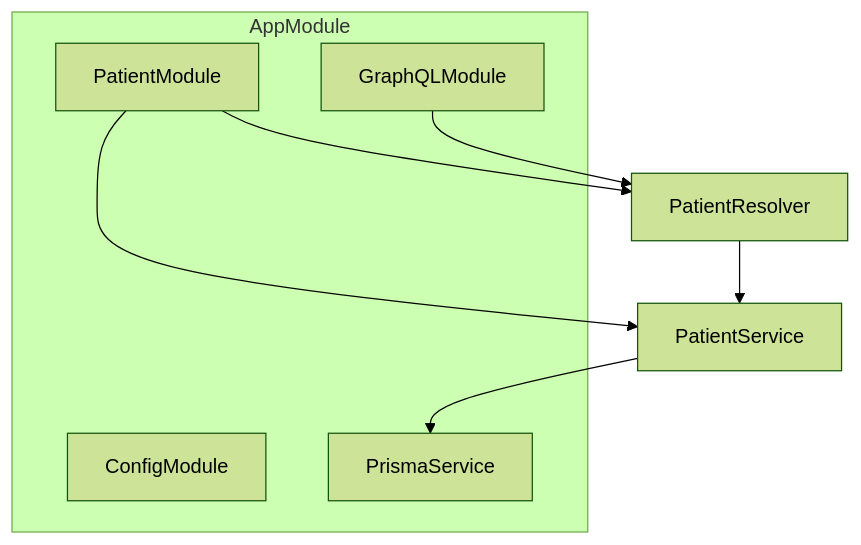
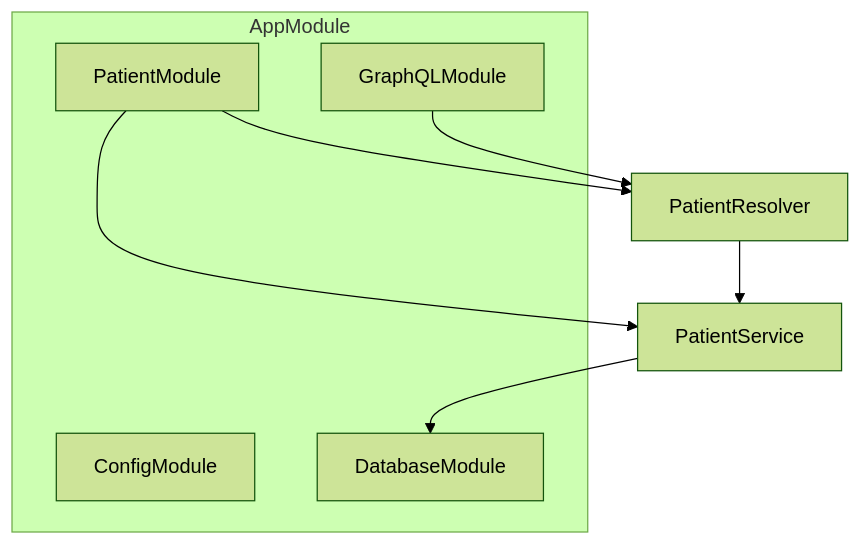
Before and after one commit to hungtruongquoc/patient-management: the diagram in backend/README.md, drawn with Mermaid (forest theme). The commit also changed other lines of this file and 10 other files, not shown here.

````diff
--- a/backend/README.md
+++ b/backend/README.md
@@ -77,14 +77,14 @@
 ```mermaid
 graph TD
   subgraph AppModule
     A[GraphQLModule]
     B[ConfigModule]
     C[PatientModule]
-    D[PrismaService]
+    D[DatabaseModule]
   end
   C --> E[PatientResolver]
   C --> F[PatientService]
   F --> D
   E --> F
   A --> E
 ```
````
